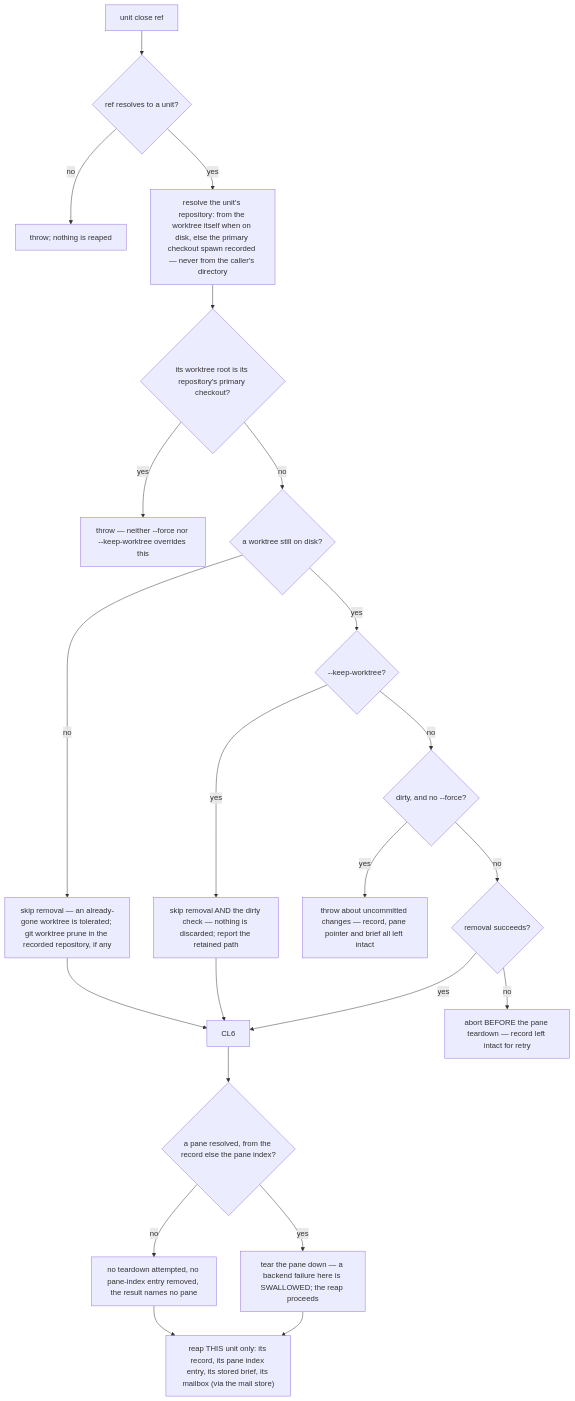
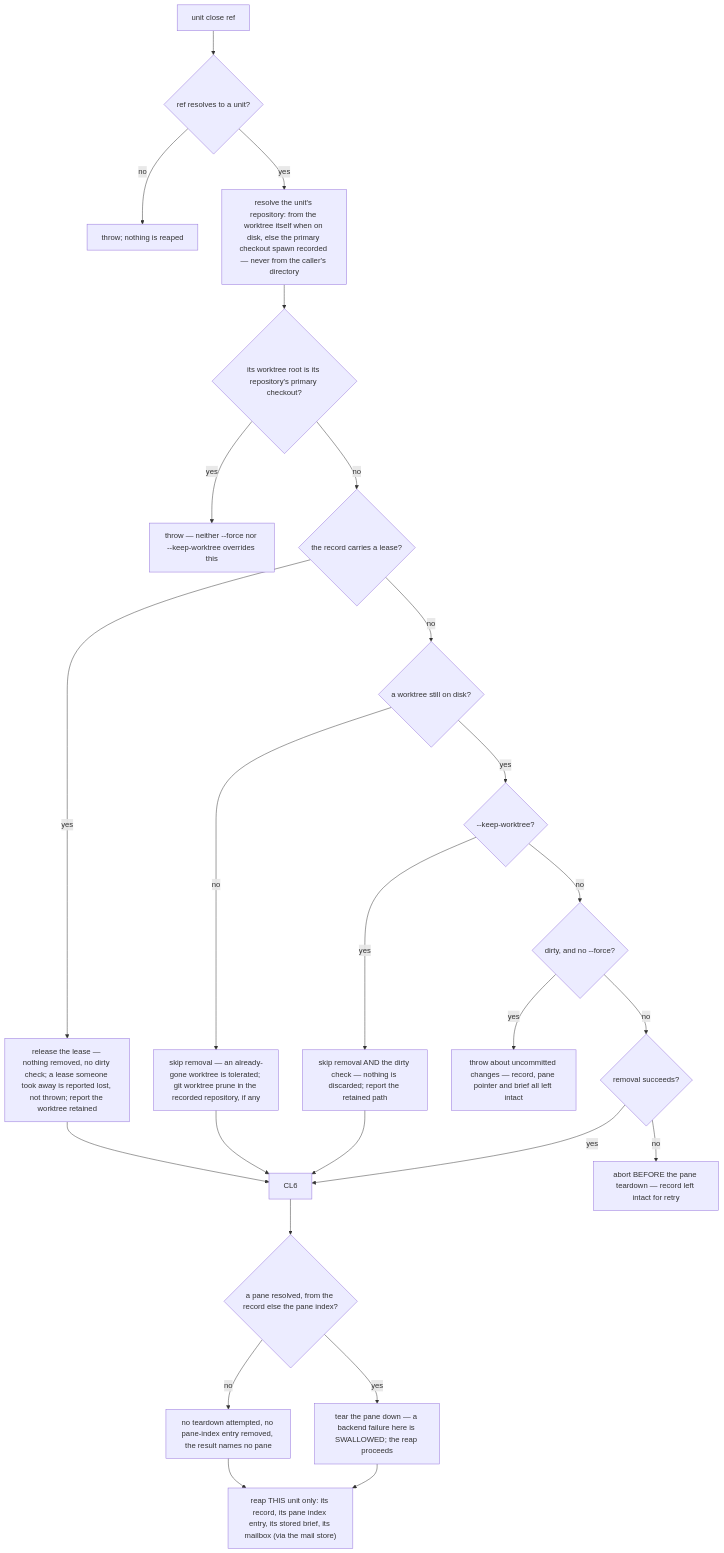
Before and after one commit to cyberuni/cyberlegion: the fifth of 6 diagrams in packages/cyberlegion/.agents/spec/unit/lifecycle/README.md, drawn with Mermaid. The commit also changed other lines of this file and 24 other files, not shown here.

First line of the commit message:
feat: lease a spawned unit's worktree from the worktree library (#166)

````diff
--- a/packages/cyberlegion/.agents/spec/unit/lifecycle/README.md
+++ b/packages/cyberlegion/.agents/spec/unit/lifecycle/README.md
@@ -558,24 +577,27 @@
 ```mermaid
 graph TD
   CL0["unit close ref"] --> CL1{"ref resolves to a unit?"}
   CL1 -- no --> CL1X["throw; nothing is reaped"]
   CL1 -- yes --> CLR["resolve the unit's repository: from the worktree itself when on disk, else the primary checkout spawn recorded — never from the caller's directory"]
   CLR --> CL2{"its worktree root is its repository's primary checkout?"}
   CL2 -- yes --> CL2X["throw — neither --force nor --keep-worktree overrides this"]
-  CL2 -- no --> CL3{"a worktree still on disk?"}
+  CL2 -- no --> CLL{"the record carries a lease?"}
+  CLL -- yes --> CLL1["release the lease — nothing removed, no dirty check; a lease someone took away is reported lost, not thrown; report the worktree retained"]
+  CLL1 --> CL6
+  CLL -- no --> CL3{"a worktree still on disk?"}
   CL3 -- no --> CLP["skip removal — an already-gone worktree is tolerated; git worktree prune in the recorded repository, if any"]
   CLP --> CL6
   CL3 -- yes --> CLK{"--keep-worktree?"}
   CLK -- yes --> CLK1["skip removal AND the dirty check — nothing is discarded; report the retained path"]
   CLK1 --> CL6
   CLK -- no --> CL4{"dirty, and no --force?"}
   CL4 -- yes --> CL4X["throw about uncommitted changes — record, pane pointer and brief all left intact"]
   CL4 -- no --> CL5{"removal succeeds?"}
   CL5 -- no --> CL5X["abort BEFORE the pane teardown — record left intact for retry"]
   CL5 -- yes --> CL6
   CL6 --> CL7{"a pane resolved, from the record else the pane index?"}
   CL7 -- no --> CL8["no teardown attempted, no pane-index entry removed, the result names no pane"]
   CL7 -- yes --> CL9["tear the pane down — a backend failure here is SWALLOWED; the reap proceeds"]
   CL8 --> CL10
   CL9 --> CL10["reap THIS unit only: its record, its pane index entry, its stored brief, its mailbox (via the mail store)"]
 ```
````
